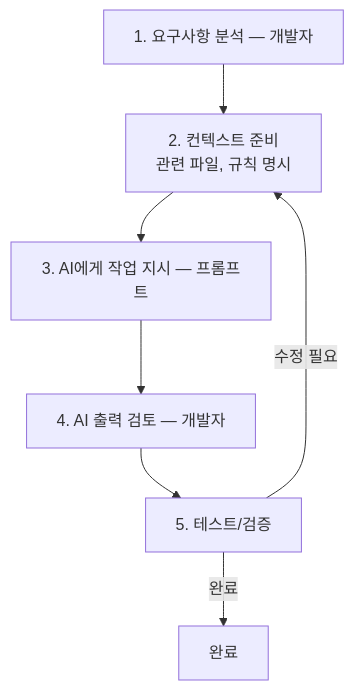
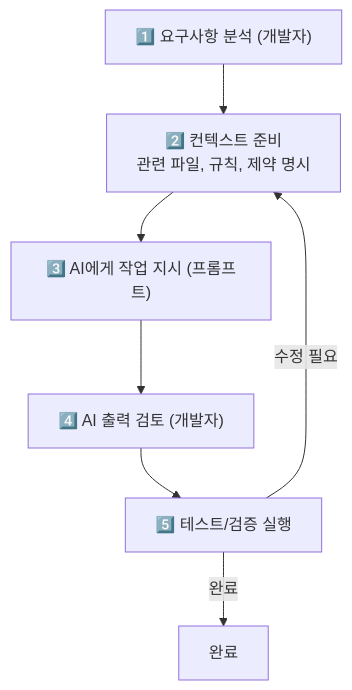
One commit to yjkim2015/yjkim2015.github.io changed the first of 3 diagrams in _posts/ai/2026-05-01-ai-driven-development.md. Above: the diagram before and after it, drawn with Mermaid. The commit also changed other lines of this file and 34 other files, not shown here.

First line of the commit message:
Full quality pass: 41 files — ASCII removed, 동작원리 보강, diagrams

```diff
--- a/_posts/ai/2026-05-01-ai-driven-development.md
+++ b/_posts/ai/2026-05-01-ai-driven-development.md
@@ -45,9 +40,9 @@
 <div class="mermaid">
 graph TD
-    A["1. 요구사항 분석 — 개발자"] --> B["2. 컨텍스트 준비\n관련 파일, 규칙 명시"]
-    B --> C["3. AI에게 작업 지시 — 프롬프트"]
-    C --> D["4. AI 출력 검토 — 개발자"]
-    D --> E["5. 테스트/검증"]
-    E -->|수정 필요| B
-    E -->|완료| F["완료"]
+    A["1️⃣ 요구사항 분석 (개발자)"] --> B["2️⃣ 컨텍스트 준비\n관련 파일, 규칙, 제약 명시"]
+    B --> C["3️⃣ AI에게 작업 지시 (프롬프트)"]
+    C --> D["4️⃣ AI 출력 검토 (개발자)"]
+    D --> E["5️⃣ 테스트/검증 실행"]
+    E -->|"수정 필요"| B
+    E -->|"완료"| F["완료"]
 </div>
```
